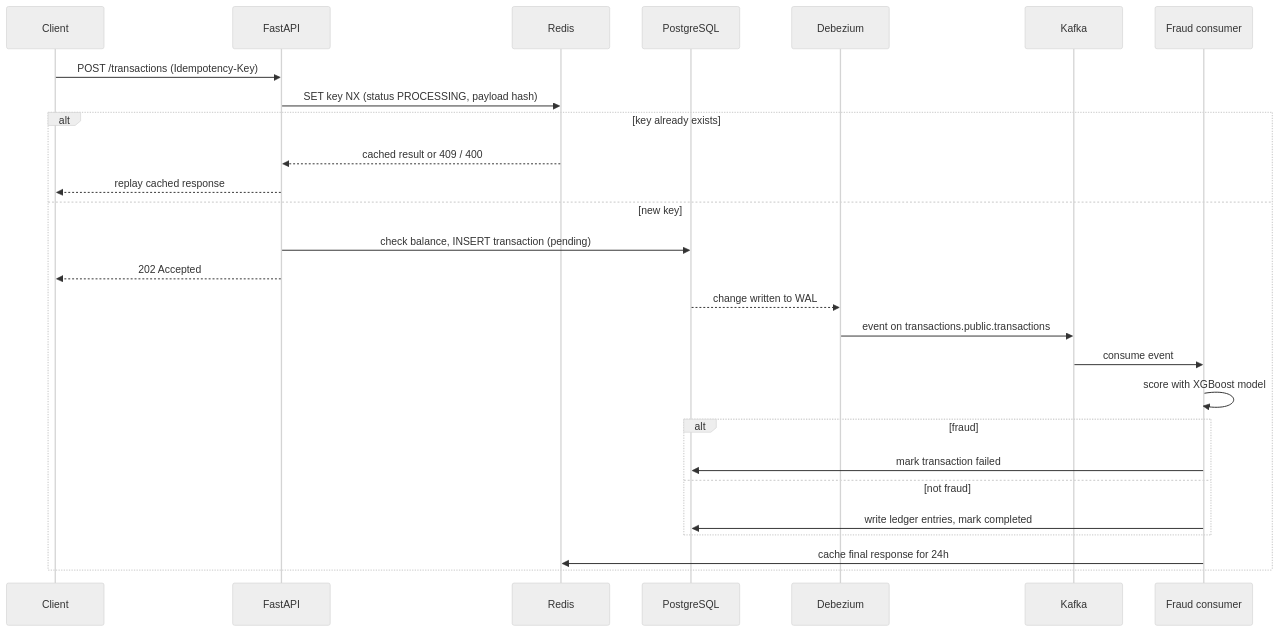
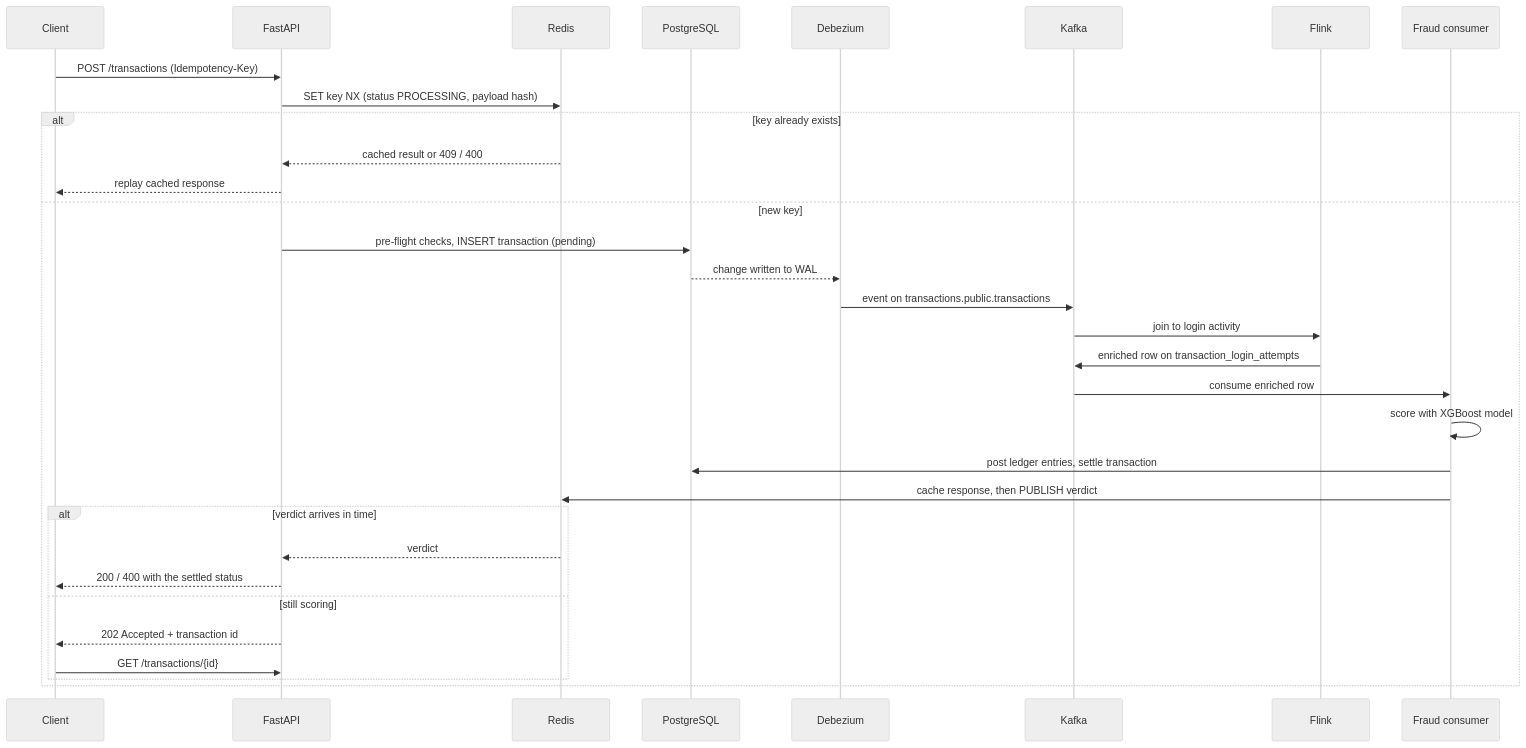
One commit to laibah-iqbal/sample_banking_app changed the diagram in README.md. Above: the diagram before and after it, drawn with Mermaid (neutral theme). The commit also changed other lines of this file and 229 other files, not shown here.

````diff
--- a/README.md
+++ b/README.md
@@ -65,30 +70,35 @@
 ```mermaid
 sequenceDiagram
     participant C as Client
     participant A as FastAPI
     participant R as Redis
     participant P as PostgreSQL
     participant D as Debezium
     participant K as Kafka
+    participant FL as Flink
     participant F as Fraud consumer
 
     C->>A: POST /transactions (Idempotency-Key)
     A->>R: SET key NX (status PROCESSING, payload hash)
     alt key already exists
         R-->>A: cached result or 409 / 400
         A-->>C: replay cached response
     else new key
-        A->>P: check balance, INSERT transaction (pending)
-        A-->>C: 202 Accepted
+        A->>P: pre-flight checks, INSERT transaction (pending)
         P-->>D: change written to WAL
         D->>K: event on transactions.public.transactions
-        K->>F: consume event
+        K->>FL: join to login activity
+        FL->>K: enriched row on transaction_login_attempts
+        K->>F: consume enriched row
         F->>F: score with XGBoost model
-        alt fraud
-            F->>P: mark transaction failed
-        else not fraud
-            F->>P: write ledger entries, mark completed
+        F->>P: post ledger entries, settle transaction
+        F->>R: cache response, then PUBLISH verdict
+        alt verdict arrives in time
+            R-->>A: verdict
+            A-->>C: 200 / 400 with the settled status
+        else still scoring
+            A-->>C: 202 Accepted + transaction id
+            C->>A: GET /transactions/{id}
         end
-        F->>R: cache final response for 24h
     end
 ```
````
